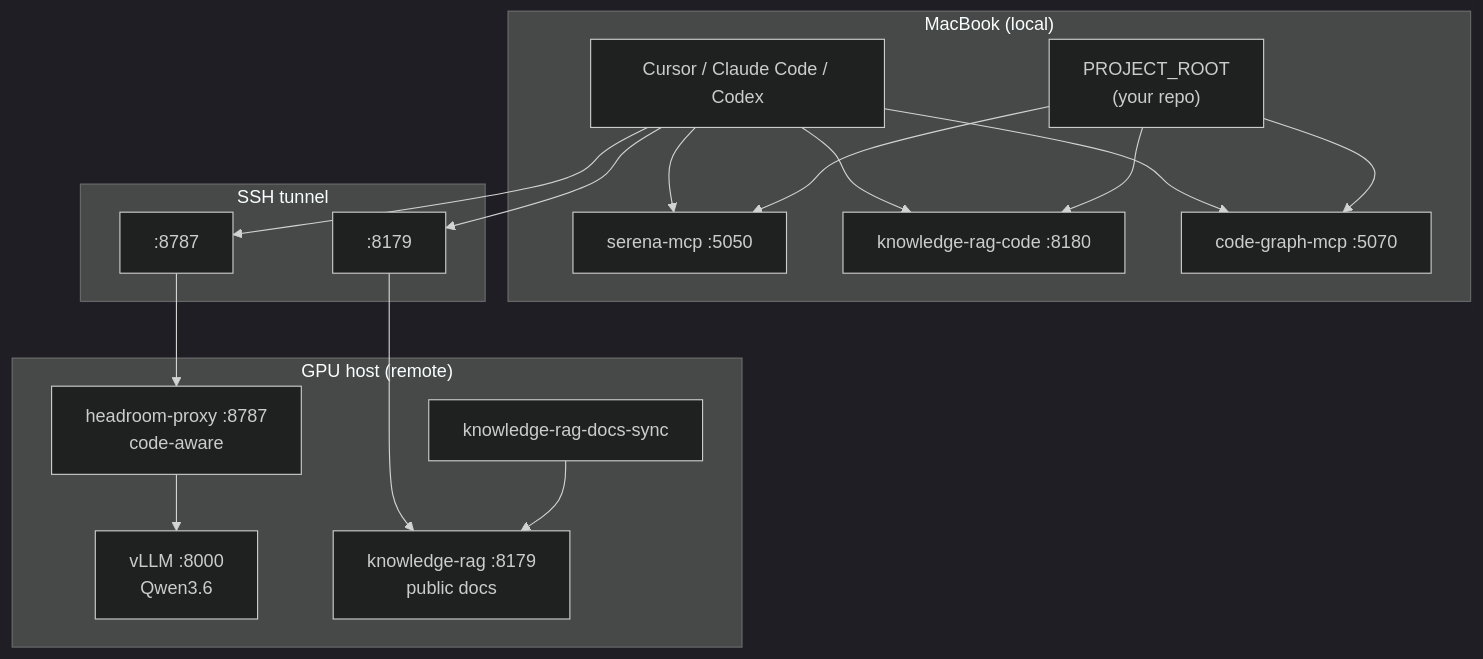
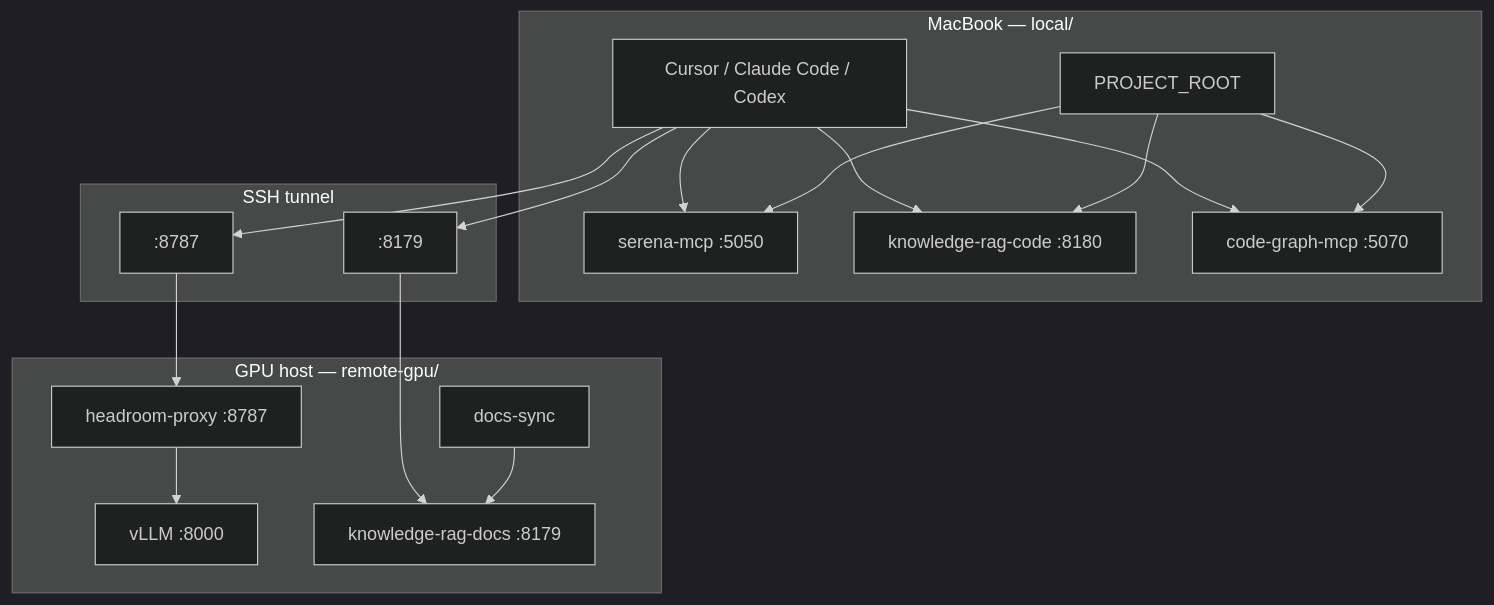
One commit to anujvns2007/hyper-agent changed the diagram in README.md. Above: the diagram before and after it, drawn with Mermaid (dark theme). The commit also changed other lines of this file and 26 other files, not shown here.

````diff
--- a/README.md
+++ b/README.md
@@ -11,37 +9,37 @@
 ```mermaid
 flowchart TB
-  subgraph mac["MacBook (local)"]
+  subgraph mac["MacBook — local/"]
     IDE["Cursor / Claude Code / Codex"]
     SER["serena-mcp :5050"]
     KRC["knowledge-rag-code :8180"]
-    REPO["PROJECT_ROOT\n(your repo)"]
+    REPO["PROJECT_ROOT"]
     CG["code-graph-mcp :5070"]
 
     REPO --> SER
     REPO --> KRC
     REPO --> CG
     IDE --> SER
     IDE --> KRC
     IDE --> CG
   end
 
   subgraph tunnel["SSH tunnel"]
     T8787[":8787"]
     T8179[":8179"]
   end
 
-  subgraph gpu["GPU host (remote)"]
-    HR["headroom-proxy :8787\ncode-aware"]
-    VLLM["vLLM :8000\nQwen3.6"]
-    KRD["knowledge-rag :8179\npublic docs"]
-    SYNC["knowledge-rag-docs-sync"]
+  subgraph gpu["GPU host — remote-gpu/"]
+    HR["headroom-proxy :8787"]
+    VLLM["vLLM :8000"]
+    KRD["knowledge-rag-docs :8179"]
+    SYNC["docs-sync"]
 
     HR --> VLLM
     SYNC --> KRD
   end
 
   IDE --> T8787
   IDE --> T8179
   T8787 --> HR
   T8179 --> KRD
 ```
````
